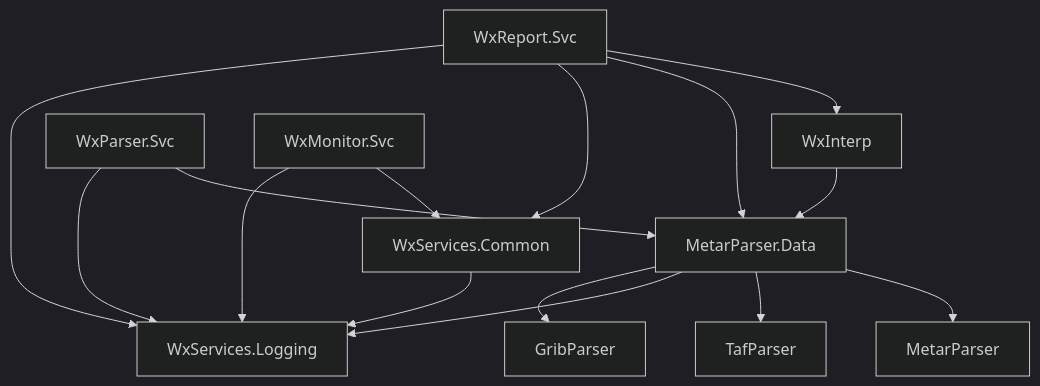
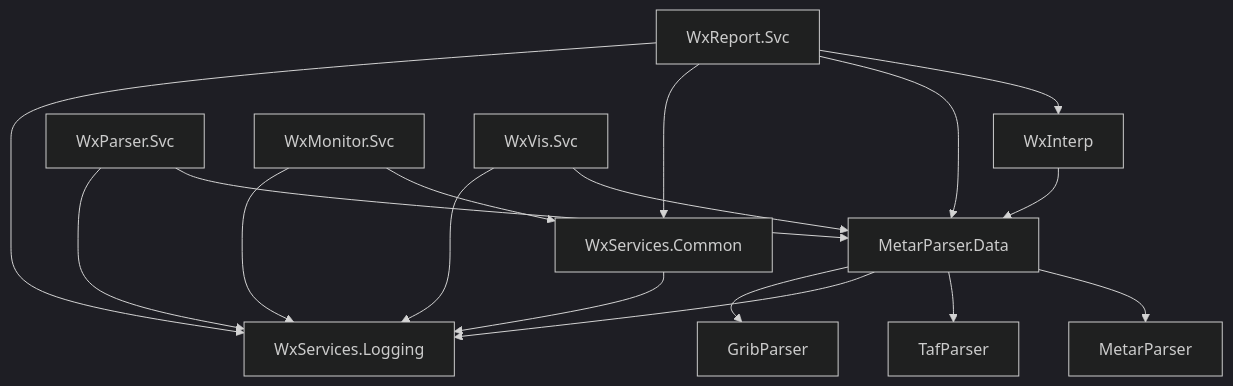
One commit to PaulHarder2/HarderWare changed the sixth of 8 diagrams in WxServices/DESIGN.md. Above: the diagram before and after it, drawn with Mermaid (dark theme). The commit also changed other lines of this file, not shown here.

First line of the commit message:
Update DESIGN.md for WxVis.Svc, WxViewer, and session changes

````diff
--- a/WxServices/DESIGN.md
+++ b/WxServices/DESIGN.md
@@ -297,28 +309,31 @@
 ```mermaid
 graph TD
     LOG[WxServices.Logging]
     CMN[WxServices.Common]
     GRIB[GribParser]
     MDATA[MetarParser.Data]
     MP[MetarParser]
     TP[TafParser]
     INTERP[WxInterp]
     PSVC[WxParser.Svc]
     RSVC[WxReport.Svc]
     MSVC[WxMonitor.Svc]
+    VSSVC[WxVis.Svc]
 
     CMN --> LOG
     MDATA --> MP
     MDATA --> TP
     MDATA --> LOG
     MDATA --> GRIB
     INTERP --> MDATA
     PSVC --> MDATA
     PSVC --> LOG
     RSVC --> INTERP
     RSVC --> MDATA
     RSVC --> CMN
     RSVC --> LOG
     MSVC --> CMN
     MSVC --> LOG
+    VSSVC --> MDATA
+    VSSVC --> LOG
 ```
````
